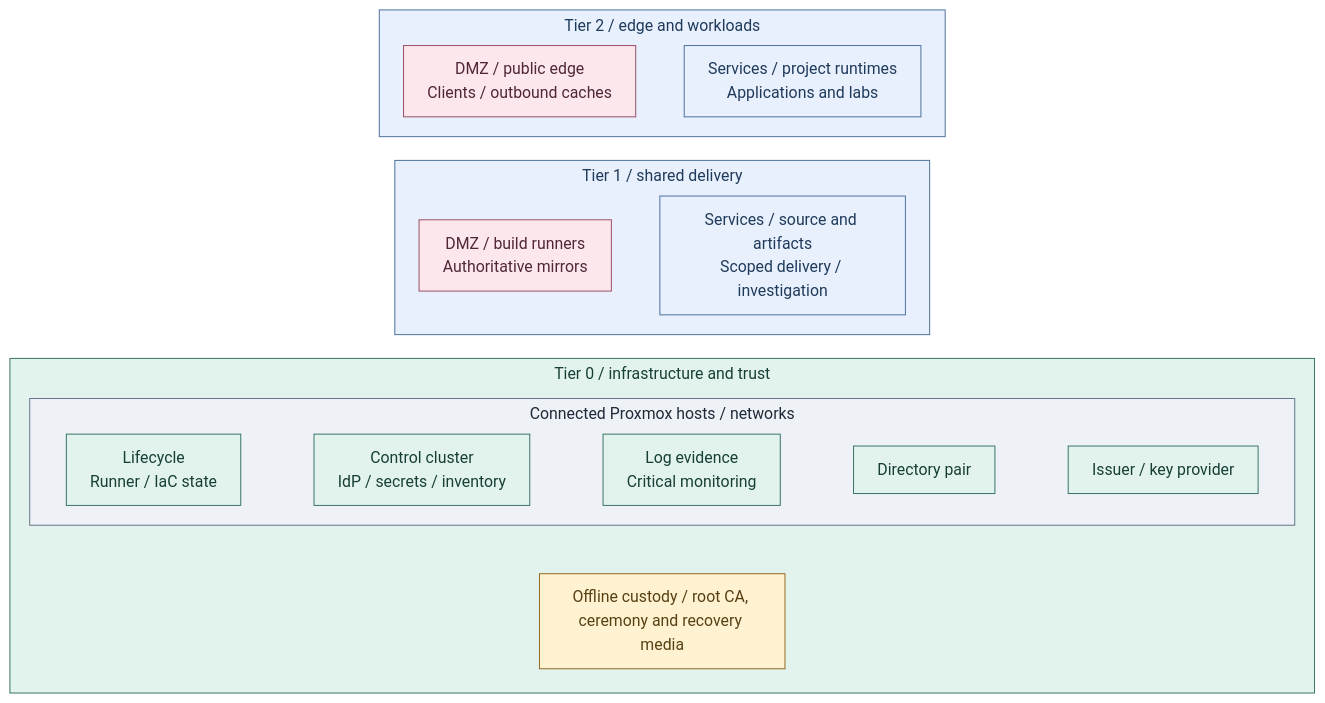
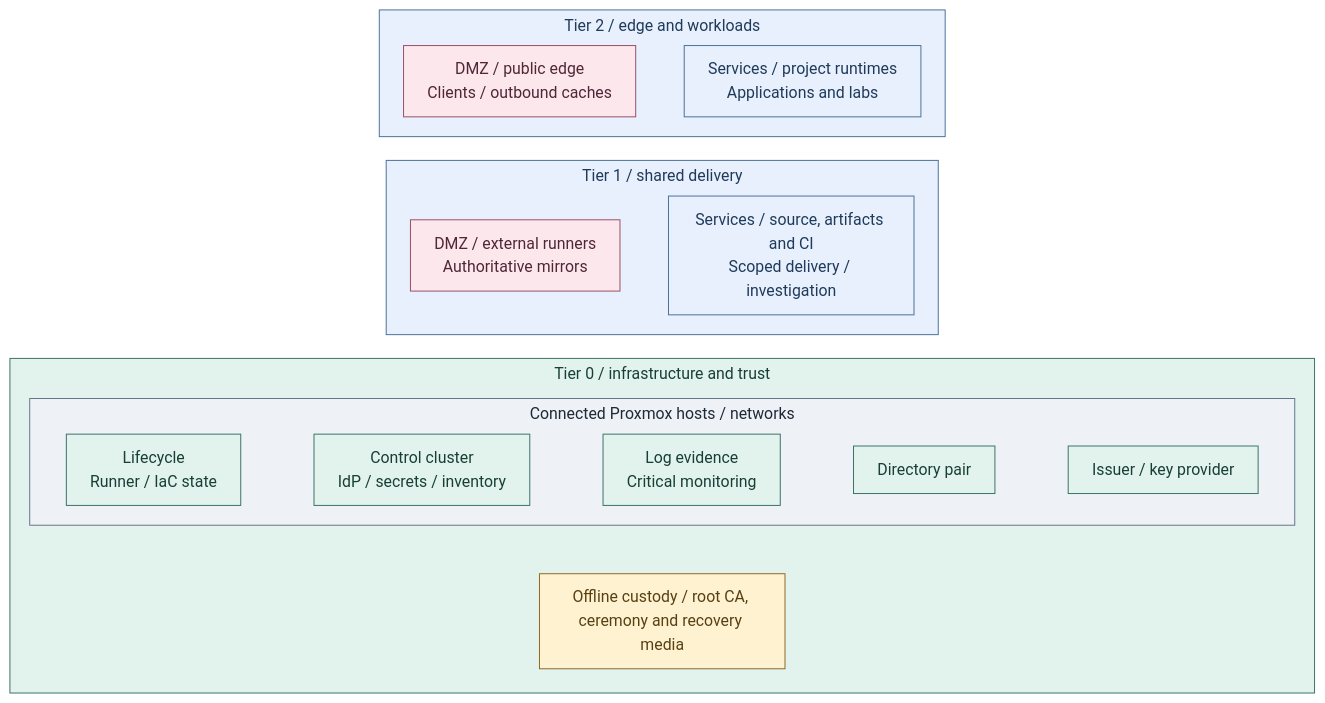
One commit to Rexus/homelab changed the diagram in docs/architecture/reference-platform.md. Above: the diagram before and after it, drawn with Mermaid. The commit also changed other lines of this file and 186 other files, not shown here.

````diff
--- a/docs/architecture/reference-platform.md
+++ b/docs/architecture/reference-platform.md
@@ -36,42 +36,42 @@
 ```mermaid
 %%{init: {"theme":"base","flowchart":{"nodeSpacing":20,"rankSpacing":24,"padding":12,"subGraphTitleMargin":{"top":4,"bottom":12}},"themeVariables":{"lineColor":"#627581","edgeLabelBackground":"#f8fafc"}}}%%
 flowchart TB
   subgraph T2["Tier 2 / edge and workloads"]
     direction LR
     Edge["DMZ / public edge<br/>Clients / outbound caches"]
     Workloads["Services / project runtimes<br/>Applications and labs"]
     Edge ~~~ Workloads
   end
   subgraph T1["Tier 1 / shared delivery"]
     direction LR
-    Supply["DMZ / build runners<br/>Authoritative mirrors"]
-    Delivery["Services / source and artifacts<br/>Scoped delivery / investigation"]
+    Supply["DMZ / external runners<br/>Authoritative mirrors"]
+    Delivery["Services / source, artifacts and CI<br/>Scoped delivery / investigation"]
     Supply ~~~ Delivery
   end
   subgraph T0["Tier 0 / infrastructure and trust"]
     direction TB
     subgraph Online["Connected Proxmox hosts / networks"]
       direction LR
       M["Lifecycle<br/>Runner / IaC state"]
       K["Control cluster<br/>IdP / secrets / inventory"]
       Evidence["Log evidence<br/>Critical monitoring"]
       I["Directory pair"]
       C["Issuer / key provider"]
       M ~~~ K ~~~ Evidence ~~~ I ~~~ C
     end
     Offline["Offline custody / root CA, ceremony and recovery media"]
     Online ~~~ Offline
   end
   T2 ~~~ T1 ~~~ T0
   classDef default fill:#f8fafc,stroke:#64748b,color:#1f2937
   classDef boundary fill:#eef2f6,stroke:#64748b,color:#1f2937
   classDef services fill:#e7f0fc,stroke:#4d719b,color:#203a5b
   classDef edge fill:#fce8ec,stroke:#9b4d67,color:#502638
   classDef control fill:#e2f3ed,stroke:#397366,color:#173f36
   classDef custody fill:#fff2d1,stroke:#926820,color:#584013
   class Online boundary
   class T2,T1,Workloads,Delivery services
   class Edge,Supply edge
   class T0,M,K,Evidence,I,C control
   class Offline custody
 ```
````
